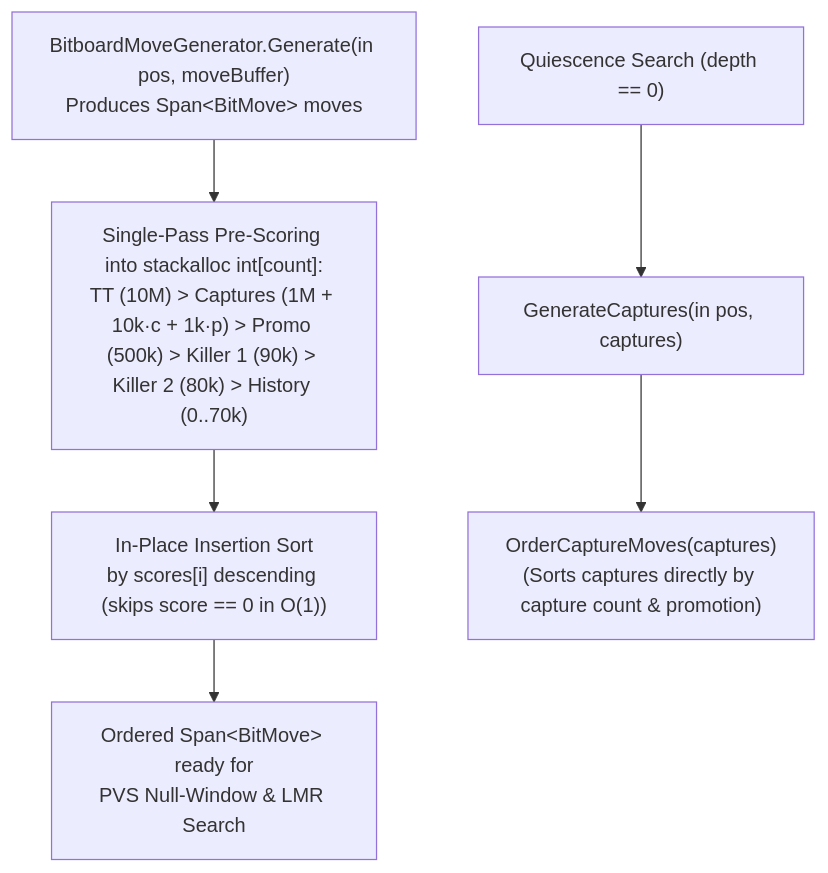
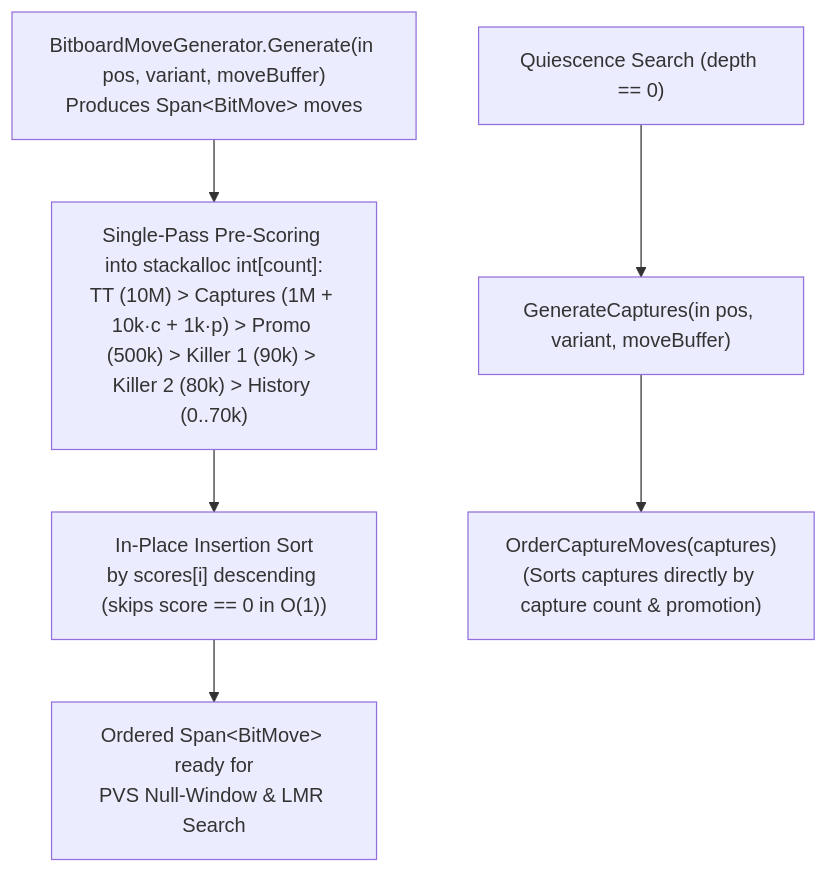
The diagram in docs/brain/06-move-ordering.md (cjp-dev/Checkers), drawn with Mermaid before and after one commit. The commit also changed 21 other files, not shown here.

````diff
--- a/docs/brain/06-move-ordering.md
+++ b/docs/brain/06-move-ordering.md
@@ -23,8 +23,8 @@
 ```mermaid
 flowchart TD
-    Gen["BitboardMoveGenerator.Generate(in pos, moveBuffer)<br/>Produces Span&lt;BitMove&gt; moves"] --> ScorePass["Single-Pass Pre-Scoring into stackalloc int[count]:<br/>TT (10M) > Captures (1M + 10k·c + 1k·p) > Promo (500k) > Killer 1 (90k) > Killer 2 (80k) > History (0..70k)"]
+    Gen["BitboardMoveGenerator.Generate(in pos, variant, moveBuffer)<br/>Produces Span&lt;BitMove&gt; moves"] --> ScorePass["Single-Pass Pre-Scoring into stackalloc int[count]:<br/>TT (10M) &gt; Captures (1M + 10k·c + 1k·p) &gt; Promo (500k) &gt; Killer 1 (90k) &gt; Killer 2 (80k) &gt; History (0..70k)"]
     ScorePass --> Sort["In-Place Insertion Sort<br/>by scores[i] descending (skips score == 0 in O(1))"]
     Sort --> Ready["Ordered Span&lt;BitMove&gt; ready for<br/>PVS Null-Window &amp; LMR Search"]
-    Quiesce["Quiescence Search (depth == 0)"] --> QGen["GenerateCaptures(in pos, captures)"]
+    Quiesce["Quiescence Search (depth == 0)"] --> QGen["GenerateCaptures(in pos, variant, moveBuffer)"]
     QGen --> QSort["OrderCaptureMoves(captures)<br/>(Sorts captures directly by capture count &amp; promotion)"]
 ```
````
